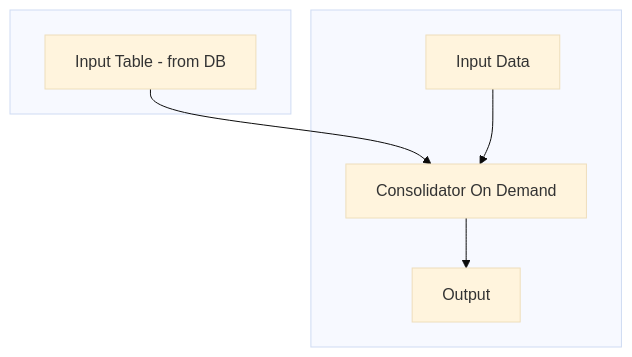
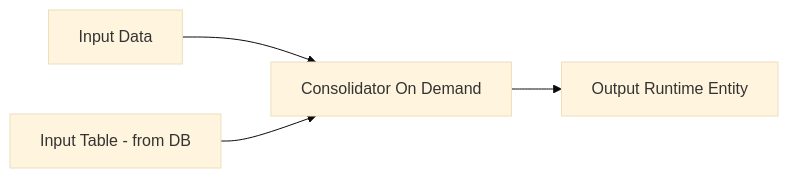
One commit to genesiscommunitysuccess/docs changed the third of 4 diagrams in docs/03_server/07_consolidator/01_introduction.md. Above: the diagram before and after it, drawn with Mermaid (base theme). The commit also changed other lines of this file, not shown here.

`````diff
--- a/docs/03_server/07_consolidator/01_introduction.md
+++ b/docs/03_server/07_consolidator/01_introduction.md
@@ -78,11 +127,7 @@
 ````mermaid
-graph TD
-G --> I
-subgraph ide1 [ ]
-H[Input Data] --> I[Consolidator On Demand]
-I -->J[Output]
-end
-subgraph ide2 [ ]
-G[Input Table - from DB]
-end
+graph LR
+    N[Consolidator On Demand]
+    M[Input Data] -->  N
+    L[Input Table - from DB] --> N
+    N -->O[Output Runtime Entity]
 ````
`````
